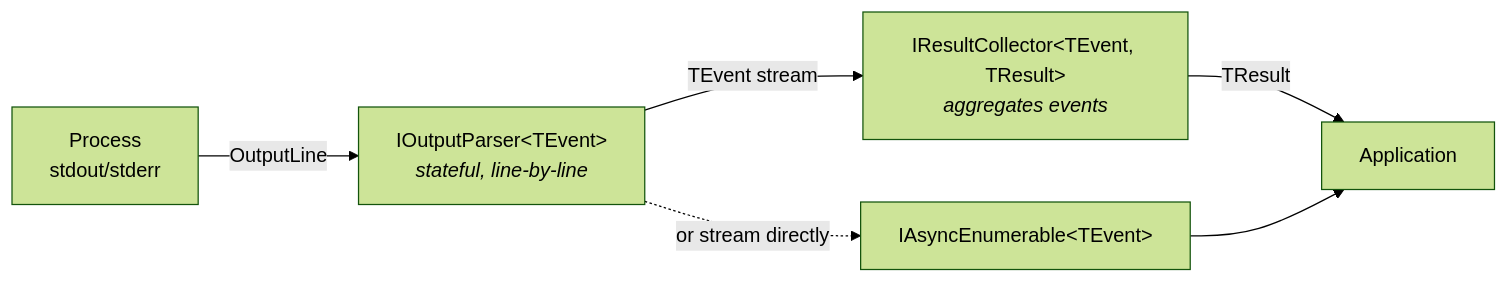
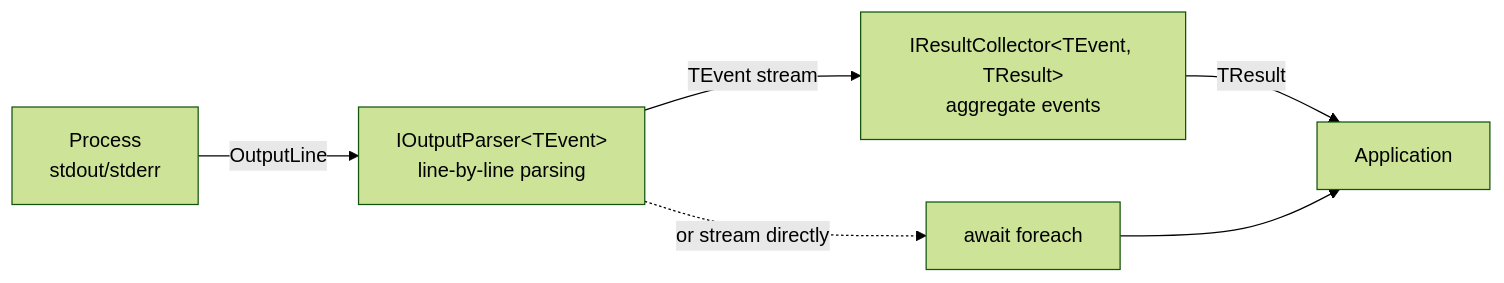
Before and after one commit to FrenchExDev/FrenchExDev: the fourth of 5 diagrams in Net/FrenchExDev/BinaryWrapper/doc/HOW-TO.md, drawn with Mermaid (forest theme). The commit also changed other lines of this file and 29723 other files, not shown here.

````diff
--- a/Net/FrenchExDev/BinaryWrapper/doc/HOW-TO.md
+++ b/Net/FrenchExDev/BinaryWrapper/doc/HOW-TO.md
@@ -584,9 +531,9 @@
 ```mermaid
 flowchart LR
-    PROC["Process<br/>stdout/stderr"] -->|"OutputLine"| PARSER["IOutputParser&lt;TEvent&gt;<br/><i>stateful, line-by-line</i>"]
-    PARSER -->|"TEvent stream"| COLLECT["IResultCollector&lt;TEvent, TResult&gt;<br/><i>aggregates events</i>"]
+    PROC["Process<br>stdout/stderr"] -->|"OutputLine"| PARSER["IOutputParser#lt;TEvent#gt;<br>line-by-line parsing"]
+    PARSER -->|"TEvent stream"| COLLECT["IResultCollector#lt;TEvent, TResult#gt;<br>aggregate events"]
     COLLECT -->|"TResult"| APP["Application"]
 
-    PARSER -.->|"or stream directly"| STREAM["IAsyncEnumerable&lt;TEvent&gt;"]
+    PARSER -.->|"or stream directly"| STREAM["await foreach"]
     STREAM --> APP
 ```
````
